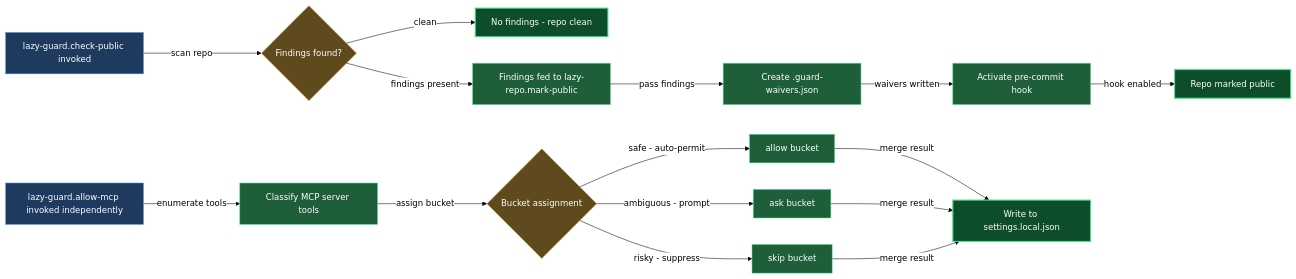
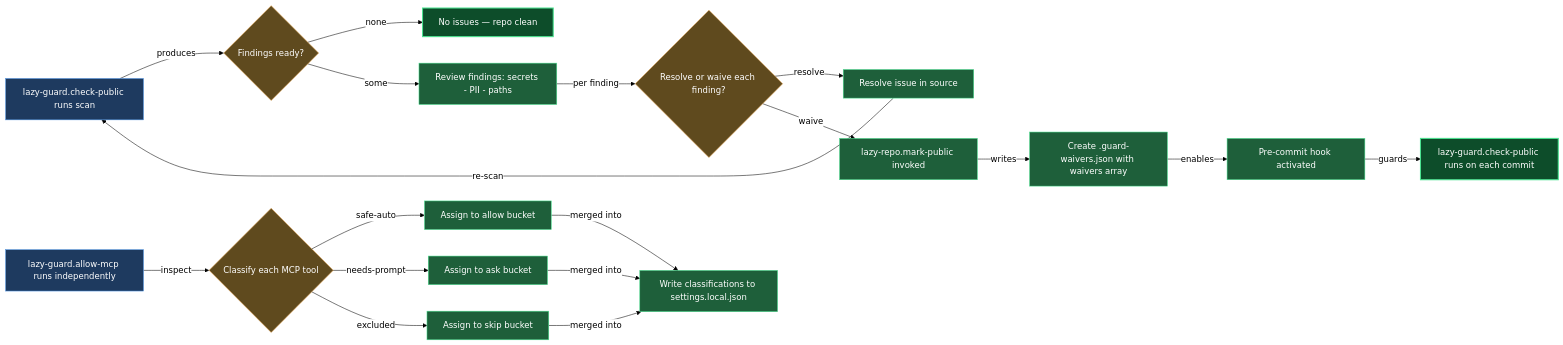
Before and after one commit to mebius-san/lazy-cortex: the diagram in Claude/lazycortex-core/help/guardian.md, drawn with Mermaid. The commit also changed other lines of this file and 9 other files, not shown here.

````diff
--- a/Claude/lazycortex-core/help/guardian.md
+++ b/Claude/lazycortex-core/help/guardian.md
@@ -66,54 +66,62 @@
 ```mermaid
 %%{init: {'themeVariables':{'background':'transparent','lineColor':'#000','textColor':'#000','edgeLabelBackground':'#fff'},'themeCSS':'.edgeLabel{background-color:transparent!important}.edgeLabel p{background-color:transparent!important}','flowchart':{'diagramPadding':5,'useMaxWidth':true}}}%%
 flowchart LR
-  invokeCheckPublic[lazy-guard.check-public invoked]
-  scanFindings{Findings found?}
-  noFindings[No findings - repo clean]
-  feedFindings[Findings fed to lazy-repo.mark-public]
-  createWaivers[Create .guard-waivers.json]
-  activateHook[Activate pre-commit hook]
-  repoMarkedPublic[Repo marked public]
-  invokeAllowMcp[lazy-guard.allow-mcp invoked independently]
-  classifyTools[Classify MCP server tools]
-  bucketGuard{Bucket assignment}
-  allowBucket[allow bucket]
-  askBucket[ask bucket]
-  skipBucket[skip bucket]
-  writeSettings[Write to settings.local.json]
+  runCheckPublic[lazy-guard.check-public runs scan]
+  findingsReady{Findings ready?}
+  noFindings[No issues — repo clean]
+  reviewFindings[Review findings: secrets - PII - paths]
+  resolveOrWaive{Resolve or waive each finding?}
+  resolveIssue[Resolve issue in source]
+  invokeMarkPublic[lazy-repo.mark-public invoked]
+  createWaivers[Create .guard-waivers.json with waivers array]
+  activateHook[Pre-commit hook activated]
+  hookGuardsCommits[lazy-guard.check-public runs on each commit]
+  runAllowMcp[lazy-guard.allow-mcp runs independently]
+  classifyTools{Classify each MCP tool}
+  allowBucket[Assign to allow bucket]
+  askBucket[Assign to ask bucket]
+  skipBucket[Assign to skip bucket]
+  writeSettings[Write classifications to settings.local.json]
 
-  invokeCheckPublic -->|scan repo| scanFindings
-  scanFindings -->|clean| noFindings
-  scanFindings -->|findings present| feedFindings
-  feedFindings -->|pass findings| createWaivers
-  createWaivers -->|waivers written| activateHook
-  activateHook -->|hook enabled| repoMarkedPublic
-  invokeAllowMcp -->|enumerate tools| classifyTools
-  classifyTools -->|assign bucket| bucketGuard
-  bucketGuard -->|safe - auto-permit| allowBucket
-  bucketGuard -->|ambiguous - prompt| askBucket
-  bucketGuard -->|risky - suppress| skipBucket
-  allowBucket -->|merge result| writeSettings
-  askBucket -->|merge result| writeSettings
-  skipBucket -->|merge result| writeSettings
+  runCheckPublic -->|produces| findingsReady
+  findingsReady -->|none| noFindings
+  findingsReady -->|some| reviewFindings
+  reviewFindings -->|per finding| resolveOrWaive
+  resolveOrWaive -->|resolve| resolveIssue
+  resolveIssue -->|re-scan| runCheckPublic
+  resolveOrWaive -->|waive| invokeMarkPublic
+  invokeMarkPublic -->|writes| createWaivers
+  createWaivers -->|enables| activateHook
+  activateHook -->|guards| hookGuardsCommits
+
+  runAllowMcp -->|inspect| classifyTools
+  classifyTools -->|safe-auto| allowBucket
+  classifyTools -->|needs-prompt| askBucket
+  classifyTools -->|excluded| skipBucket
+  allowBucket -->|merged into| writeSettings
+  askBucket -->|merged into| writeSettings
+  skipBucket -->|merged into| writeSettings
 
   classDef entry fill:#1e3a5f,stroke:#4a90e2,color:#fff
   classDef guard fill:#5f4a1e,stroke:#e2a14a,color:#fff
   classDef action fill:#1e5f3a,stroke:#4ae290,color:#fff
   classDef success fill:#0d4d2a,stroke:#4ae290,color:#fff,stroke-width:2px
   classDef error fill:#5f1e1e,stroke:#e24a4a,color:#fff,stroke-width:2px
 
-  class invokeCheckPublic entry
-  class invokeAllowMcp entry
-  class scanFindings guard
-  class bucketGuard guard
-  class feedFindings action
+  class runCheckPublic entry
+  class runAllowMcp entry
+  class findingsReady guard
+  class resolveOrWaive guard
+  class classifyTools guard
+  class reviewFindings action
+  class resolveIssue action
+  class invokeMarkPublic action
   class createWaivers action
   class activateHook action
-  class classifyTools action
+  class writeSettings action
   class allowBucket action
   class askBucket action
   class skipBucket action
   class noFindings success
-  class repoMarkedPublic success
-  class writeSettings success
+  class hookGuardsCommits success
 ```
````
